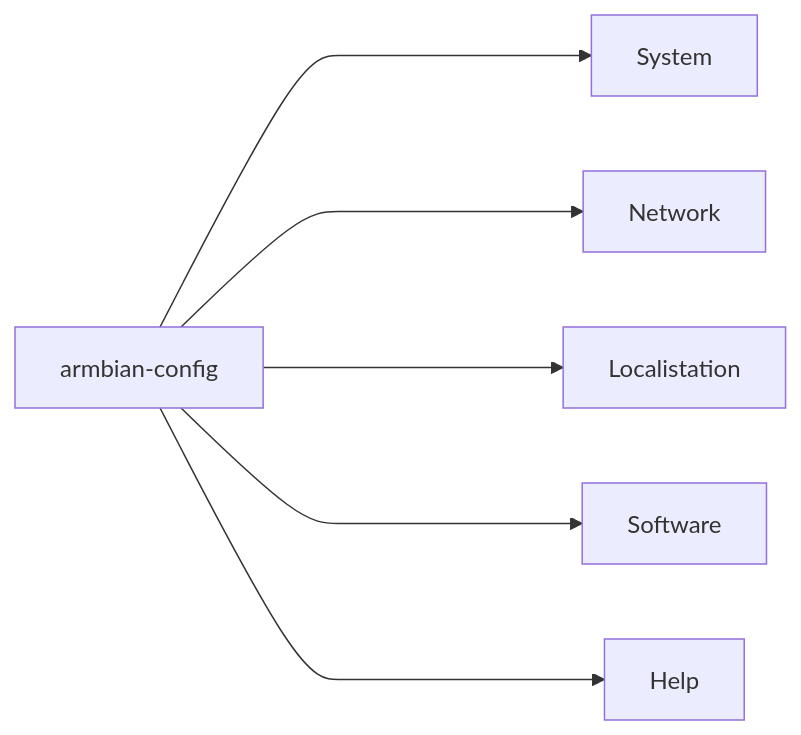
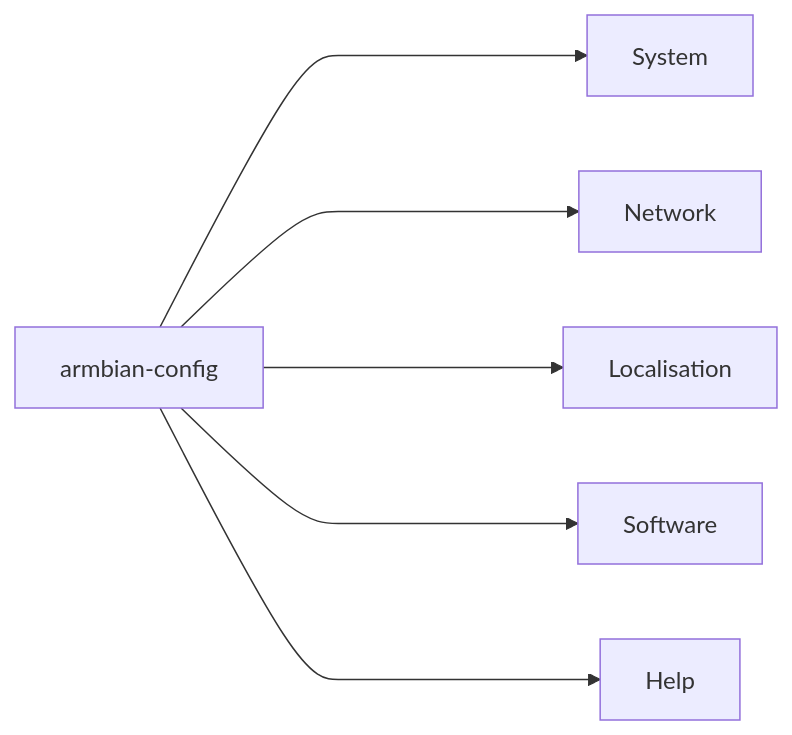
Before and after one commit to armbian/documentation: the diagram in docs/User-Guide_Armbian-Config.md, drawn with Mermaid.

Commit message:
Update User-Guide_Armbian-Config.md
Resolves #722

````diff
--- a/docs/User-Guide_Armbian-Config.md
+++ b/docs/User-Guide_Armbian-Config.md
@@ -3,8 +3,8 @@
 ``` mermaid
 flowchart LR
   A[armbian-config] -----> B["System"];
   A[armbian-config] -----> C["Network"];
-  A[armbian-config] -----> D["Localistation"];
+  A[armbian-config] -----> D["Localisation"];
   A[armbian-config] -----> E["Software"];
   A[armbian-config] -----> F["Help"];
 ```
````
